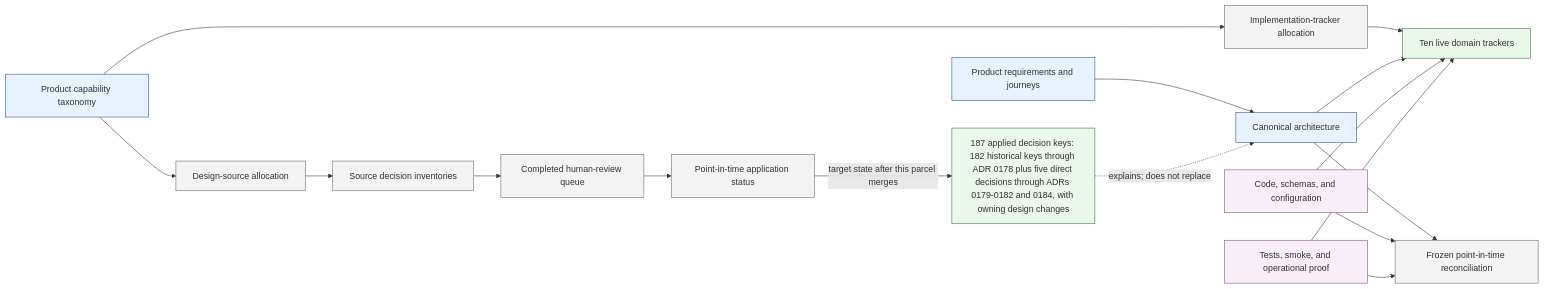
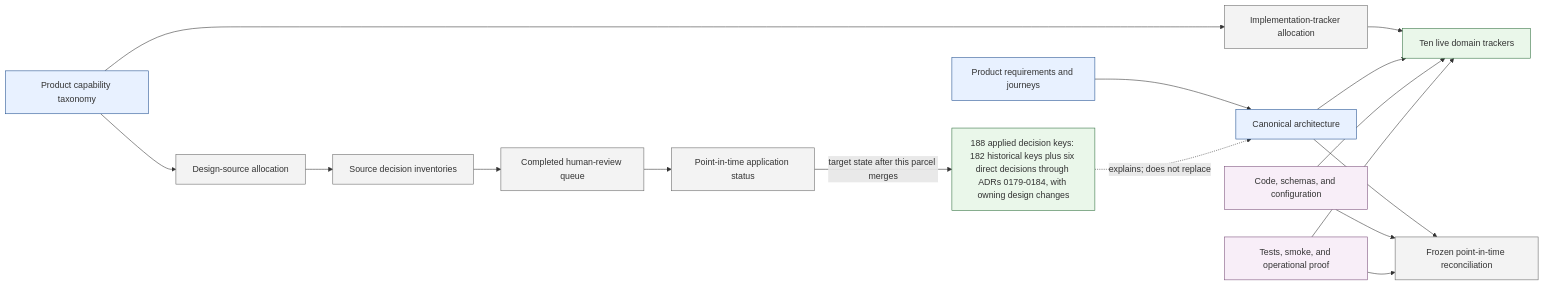
The diagram in design/project-management/design-alignment/README.md (benhook1013/FireMUD), drawn with Mermaid before and after one commit. The commit also changed other lines of this file and 31 other files, not shown here.

Commit message:
Accept ADR 0183 effect allocation design

````diff
--- a/design/project-management/design-alignment/README.md
+++ b/design/project-management/design-alignment/README.md
@@ -63,26 +63,26 @@
 ```mermaid
 flowchart LR
     PRODUCT[Product requirements and journeys]:::canonical --> ARCH[Canonical architecture]:::canonical
     TAXONOMY[Product capability taxonomy]:::canonical --> DESIGN_ALLOC[Design-source allocation]:::alignment
     DESIGN_ALLOC --> SOURCE_INV[Source decision inventories]:::alignment
     SOURCE_INV --> HUMAN_QUEUE[Completed human-review queue]:::alignment
     HUMAN_QUEUE --> APPLY[Point-in-time application status]:::alignment
-    APPLY -->|target state after this parcel merges| APPLIED_DECISIONS[187 applied decision keys: 182 historical keys through ADR 0178 plus five direct decisions through ADRs 0179-0182 and 0184, with owning design changes]:::status
+    APPLY -->|target state after this parcel merges| APPLIED_DECISIONS[188 applied decision keys: 182 historical keys plus six direct decisions through ADRs 0179-0184, with owning design changes]:::status
     APPLIED_DECISIONS -. explains; does not replace .-> ARCH
 
     TAXONOMY --> TRACKER_ALLOC[Implementation-tracker allocation]:::alignment
     TRACKER_ALLOC --> TRACKERS[Ten live domain trackers]:::status
     ARCH --> TRACKERS
     CODE[Code, schemas, and configuration]:::evidence --> TRACKERS
     PROOF[Tests, smoke, and operational proof]:::evidence --> TRACKERS
 
     ARCH --> RECON[Frozen point-in-time reconciliation]:::alignment
     CODE --> RECON
     PROOF --> RECON
 
     classDef canonical fill:#e8f1ff,stroke:#1f4f8f
     classDef alignment fill:#f3f3f3,stroke:#666
     classDef pending fill:#fff4d6,stroke:#9a6700
     classDef status fill:#eaf7ea,stroke:#2f6f3e
     classDef evidence fill:#f8eef8,stroke:#7a4e7a
 ```
````
